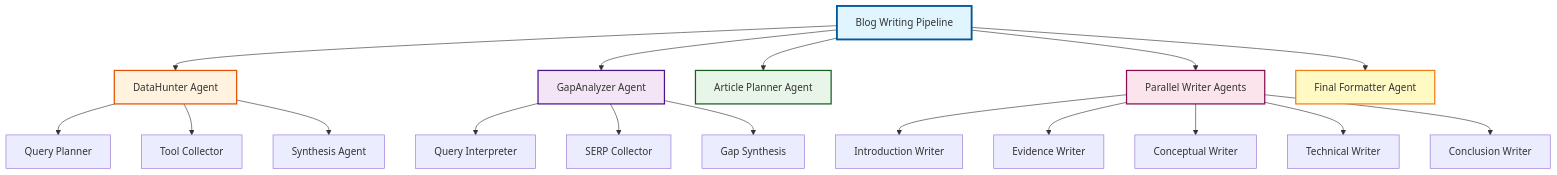
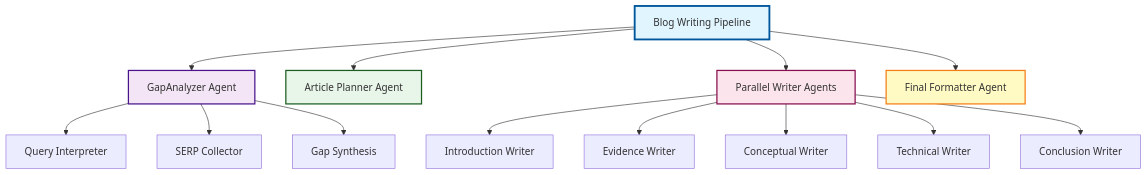
Before and after one commit to vishvjit18/From-10-to-2-The-AI-Agent-That-Writes-Enterprise-Blogs-5x-Faster: the diagram in README.md, drawn with Mermaid. The commit also changed other lines of this file and 29 other files, not shown here.

Commit message:
feat: Add initial implementation of the AI blog writing agent system, including core agents, data collections, utilities, and deployment configurations.

````diff
--- a/README.md
+++ b/README.md
@@ -27,29 +27,23 @@
 ```mermaid
 flowchart TD
-    A[Blog Writing Pipeline] --> B[DataHunter Agent]
-    A --> C[GapAnalyzer Agent]
+    A[Blog Writing Pipeline] --> C[GapAnalyzer Agent]
     A --> D[Article Planner Agent]
     A --> E[Parallel Writer Agents]
     A --> F[Final Formatter Agent]
-    
-    B --> B1[Query Planner]
-    B --> B2[Tool Collector]
-    B --> B3[Synthesis Agent]
     
     C --> C1[Query Interpreter]
     C --> C2[SERP Collector]
     C --> C3[Gap Synthesis]
     
     E --> E1[Introduction Writer]
     E --> E2[Evidence Writer]
     E --> E3[Conceptual Writer]
     E --> E4[Technical Writer]
     E --> E5[Conclusion Writer]
     
     style A fill:#e1f5ff,stroke:#01579b,stroke-width:3px
-    style B fill:#fff3e0,stroke:#e65100,stroke-width:2px
     style C fill:#f3e5f5,stroke:#4a148c,stroke-width:2px
     style D fill:#e8f5e9,stroke:#1b5e20,stroke-width:2px
     style E fill:#fce4ec,stroke:#880e4f,stroke-width:2px
     style F fill:#fff9c4,stroke:#f57f17,stroke-width:2px
 ```
````
